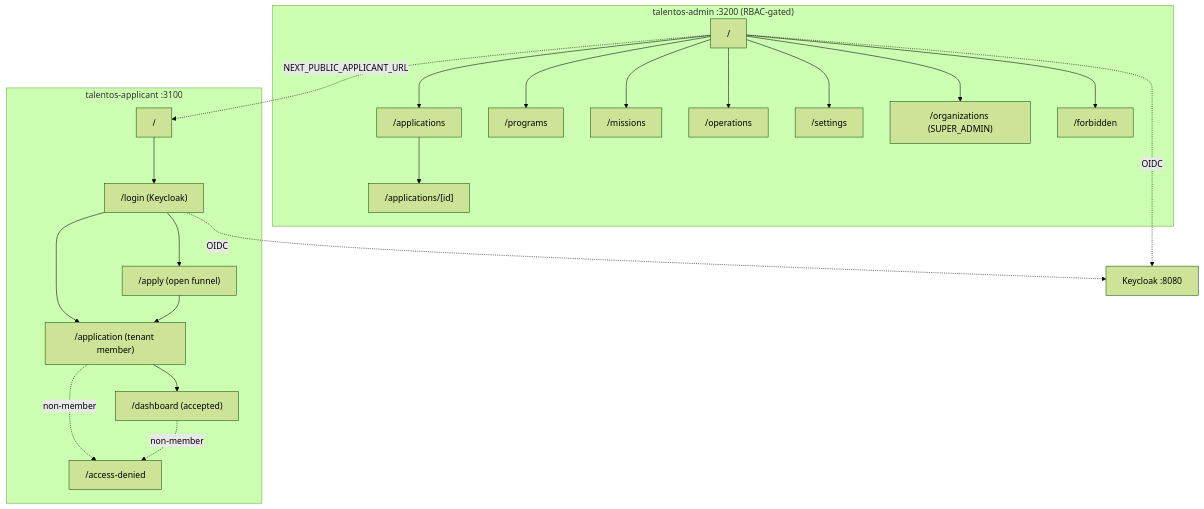
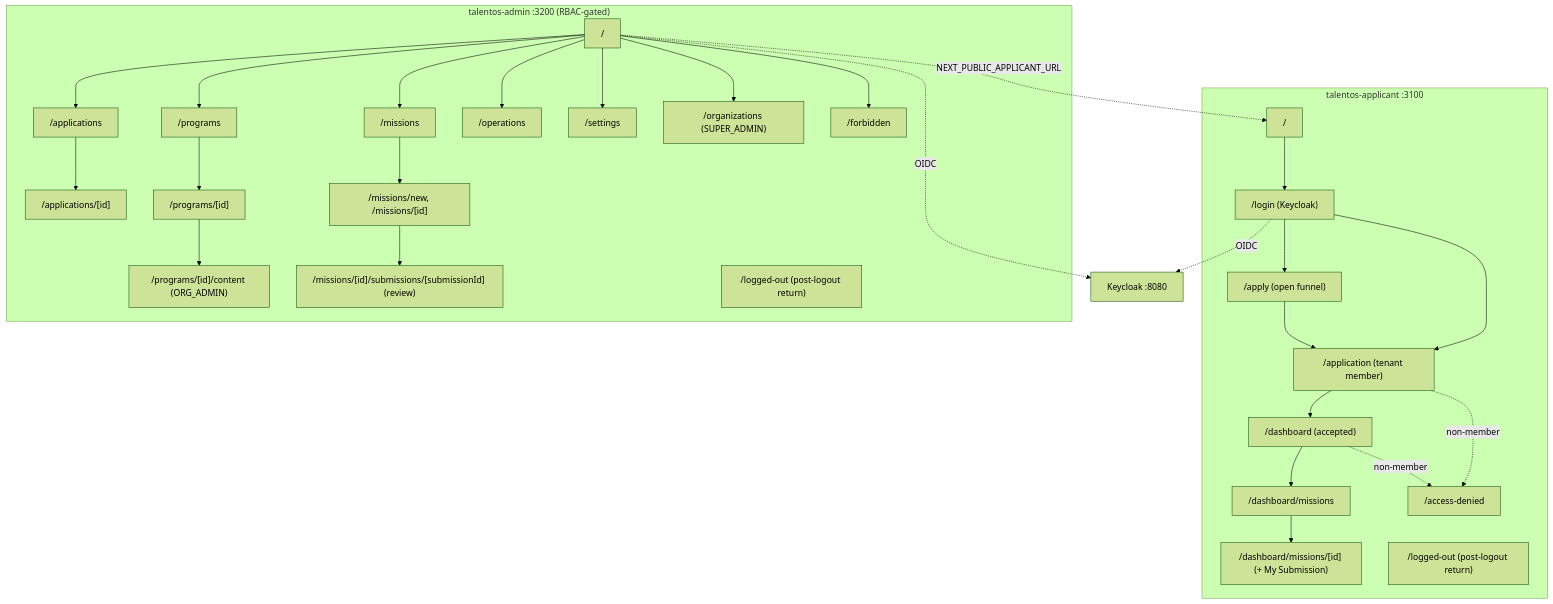
The third of 3 diagrams in docs/Architecture.md (karimjindani/talentOS), drawn with Mermaid (forest theme) before and after one commit. The commit also changed other lines of this file and 11 other files, not shown here.

Commit message:
docs(v0.16.3): SSDLC docs refresh — align architecture, deployment, data, and testing docs with shipped v0.13–v0.16 scope (v0.16.3, D-071)

````diff
--- a/docs/Architecture.md
+++ b/docs/Architecture.md
@@ -118,25 +128,33 @@
 ```mermaid
 flowchart TD
     subgraph Applicant["talentos-applicant :3100"]
       Landing["/"] --> Login["/login (Keycloak)"]
       Login --> Apply["/apply (open funnel)"]
       Login --> Application["/application (tenant member)"]
       Application --> Dashboard["/dashboard (accepted)"]
+      Dashboard --> DashMissions["/dashboard/missions"]
+      DashMissions --> DashMission["/dashboard/missions/[id] (+ My Submission)"]
       Apply --> Application
       Application -. non-member .-> AccessDenied["/access-denied"]
       Dashboard -. non-member .-> AccessDenied
+      LoggedOutA["/logged-out (post-logout return)"]
     end
     Login -. OIDC .-> KC["Keycloak :8080"]
     subgraph AdminC["talentos-admin :3200 (RBAC-gated)"]
       AdminHome["/"] --> Applications["/applications"]
       Applications --> Detail["/applications/[id]"]
       AdminHome --> Programs["/programs"]
+      Programs --> ProgramDetail["/programs/[id]"]
+      ProgramDetail --> ProgramContent["/programs/[id]/content (ORG_ADMIN)"]
       AdminHome --> Missions["/missions"]
+      Missions --> MissionDetail["/missions/new, /missions/[id]"]
+      MissionDetail --> SubmissionReview["/missions/[id]/submissions/[submissionId] (review)"]
       AdminHome --> Operations["/operations"]
       AdminHome --> Settings["/settings"]
       AdminHome --> Organizations["/organizations (SUPER_ADMIN)"]
       AdminHome --> Forbidden["/forbidden"]
+      LoggedOutB["/logged-out (post-logout return)"]
     end
     AdminHome -. OIDC .-> KC
     AdminHome -. NEXT_PUBLIC_APPLICANT_URL .-> Landing
 ```
````
